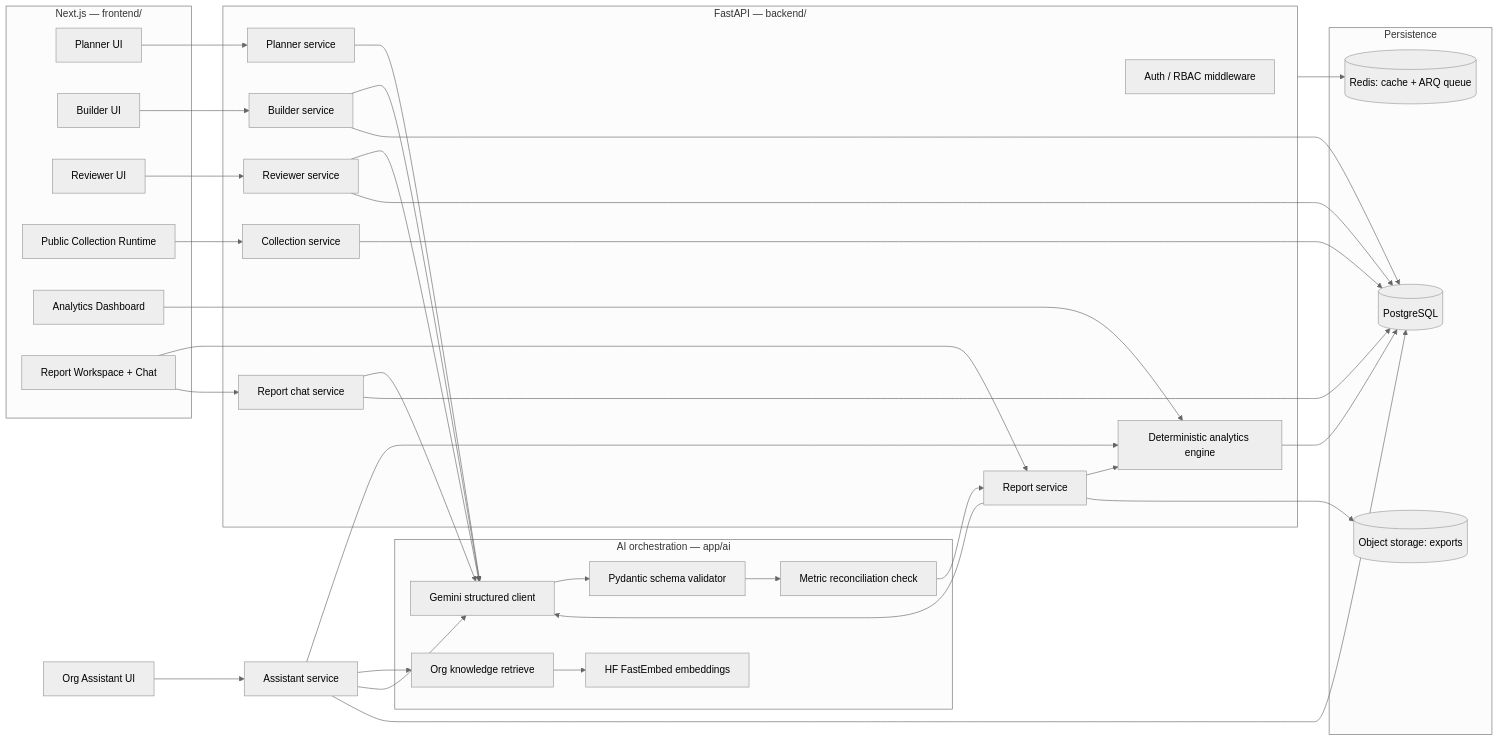
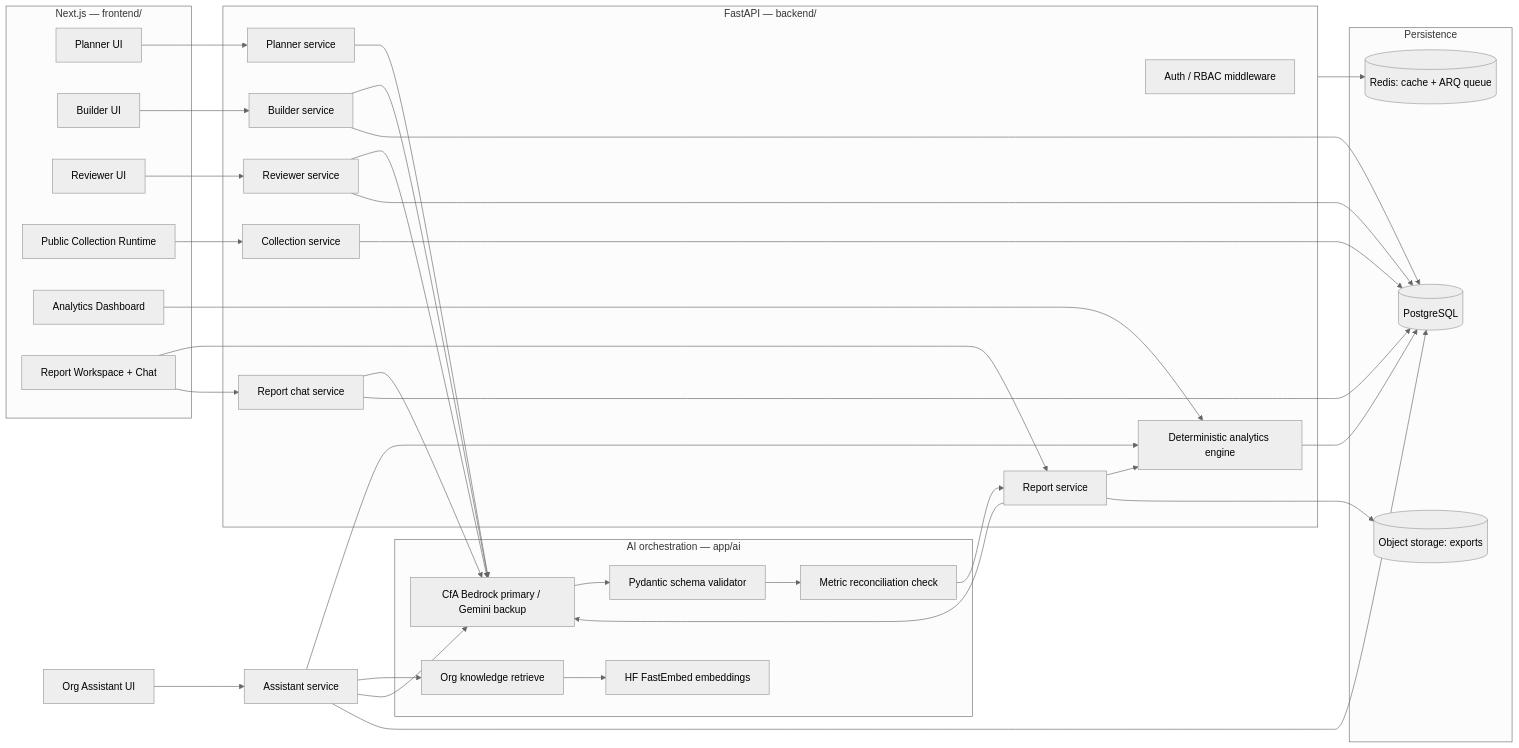
The diagram in plan.md (yoseflakew25/survai), drawn with Mermaid (neutral theme) before and after one commit. The commit also changed other lines of this file and 68 other files, not shown here.

````diff
--- a/plan.md
+++ b/plan.md
@@ -205,57 +212,57 @@
 ```mermaid
 flowchart LR
     subgraph Web[Next.js — frontend/]
       Planner[Planner UI]
       Builder[Builder UI]
       Reviewer[Reviewer UI]
       Collect[Public Collection Runtime]
       Dashboard[Analytics Dashboard]
       ReportUI[Report Workspace + Chat]
     end
 
     subgraph Api[FastAPI — backend/]
       RBAC[Auth / RBAC middleware]
       PlanSvc[Planner service]
       BuildSvc[Builder service]
       RevSvc[Reviewer service]
       ColSvc[Collection service]
       Engine[Deterministic analytics engine]
       RptSvc[Report service]
       ChatSvc[Report chat service]
     end
 
     subgraph AiLayer[AI orchestration — app/ai]
-      Client[Gemini structured client]
+      Client[CfA Bedrock primary / Gemini backup]
       Embed[HF FastEmbed embeddings]
       Validator[Pydantic schema validator]
       Reconciler[Metric reconciliation check]
       RAG[Org knowledge retrieve]
     end
 
     subgraph Store[Persistence]
       PG[(PostgreSQL)]
       Redis[(Redis: cache + ARQ queue)]
       S3[(Object storage: exports)]
     end
 
     Planner --> PlanSvc --> Client
     Builder --> BuildSvc --> Client
     Reviewer --> RevSvc --> Client
     Collect --> ColSvc --> PG
     Dashboard --> Engine --> PG
     ReportUI --> RptSvc
     RptSvc --> Engine
     RptSvc --> Client
     Client --> Validator --> Reconciler --> RptSvc
     ReportUI --> ChatSvc --> Client
     AssistUI[Org Assistant UI] --> AssistSvc[Assistant service]
     AssistSvc --> RAG --> Embed
     AssistSvc --> Engine
     AssistSvc --> Client
     RptSvc --> S3
     BuildSvc --> PG
     RevSvc --> PG
     ChatSvc --> PG
     AssistSvc --> PG
     Api --> Redis
 ```
````
